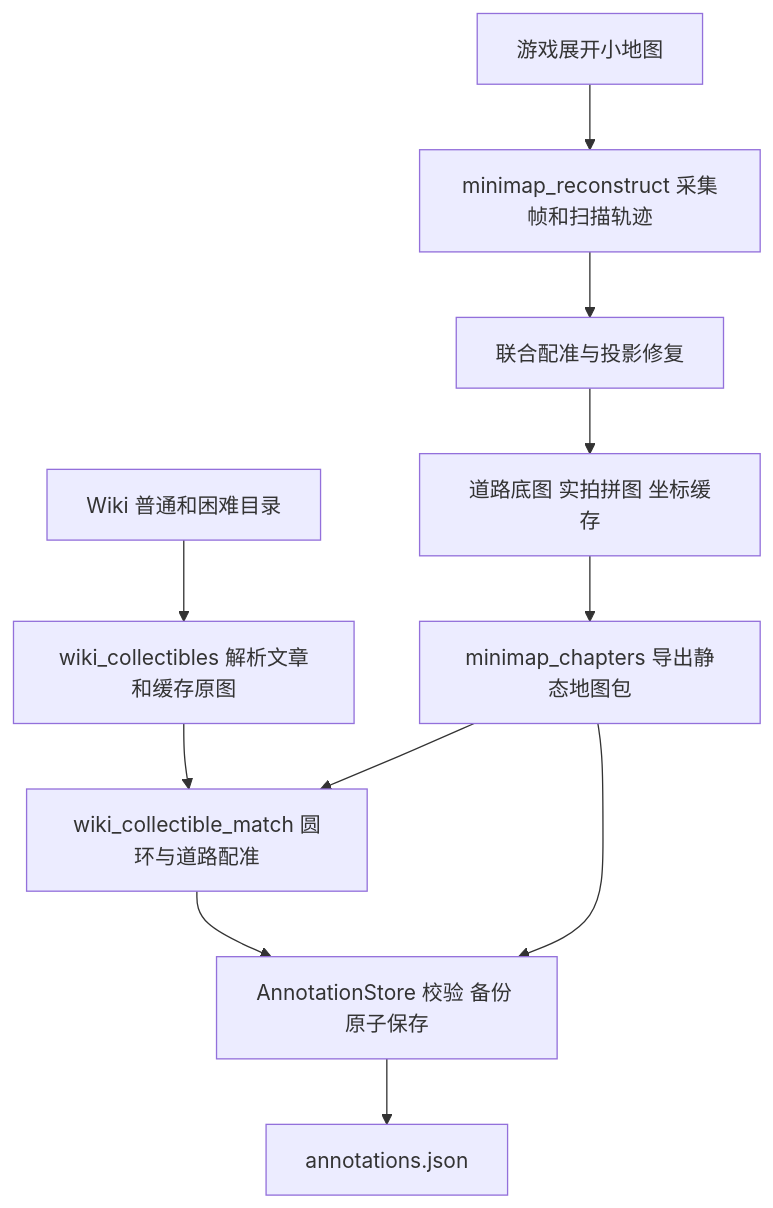
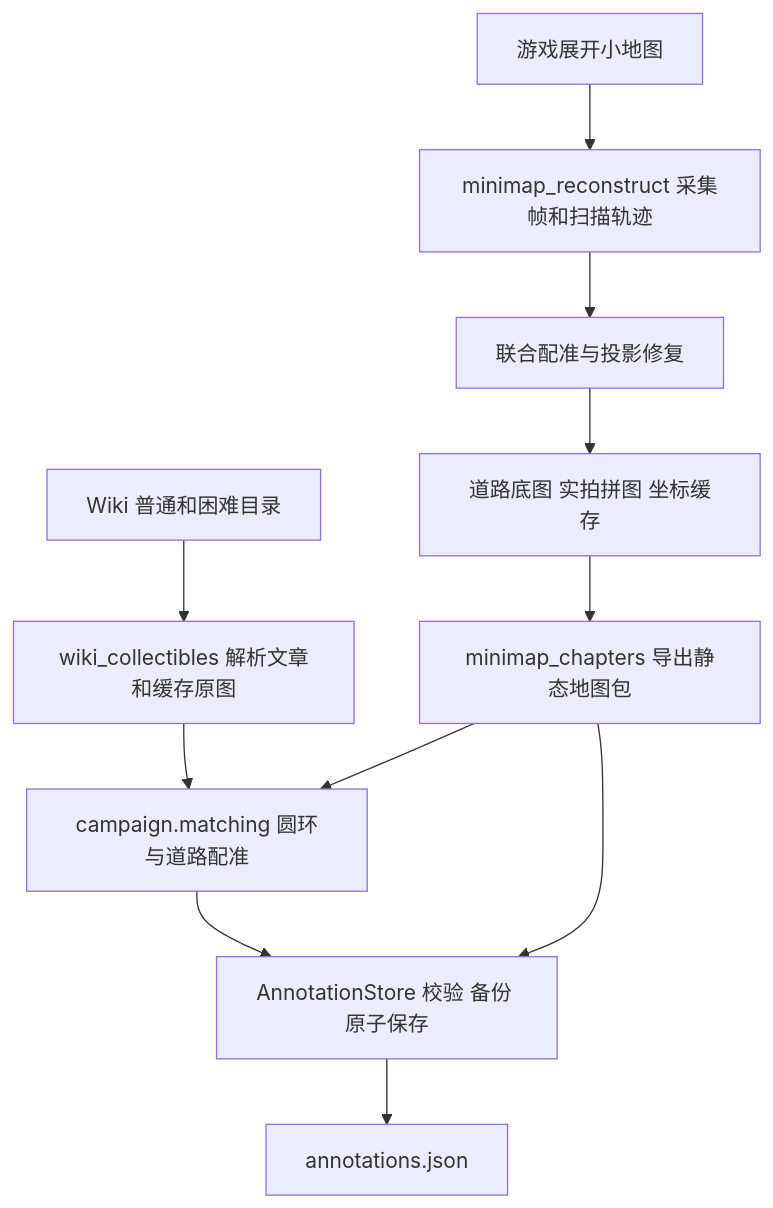
Before and after one commit to megumiss/NIKKEAutoScript: the diagram in doc/minimap-wiki-principles.md, drawn with Mermaid. The commit also changed other lines of this file and 5 other files, not shown here.

Commit message:
小地图配准搬进 module/campaign/matching.py

````diff
--- a/doc/minimap-wiki-principles.md
+++ b/doc/minimap-wiki-principles.md
@@ -7,13 +7,13 @@
 ```mermaid
 flowchart TD
     A[游戏展开小地图] --> B[minimap_reconstruct 采集帧和扫描轨迹]
     B --> C[联合配准与投影修复]
     C --> D[道路底图 实拍拼图 坐标缓存]
     D --> E[minimap_chapters 导出静态地图包]
     W[Wiki 普通和困难目录] --> X[wiki_collectibles 解析文章和缓存原图]
-    X --> Y[wiki_collectible_match 圆环与道路配准]
+    X --> Y[campaign.matching 圆环与道路配准]
     E --> Y
     Y --> Z[AnnotationStore 校验 备份 原子保存]
     E --> Z
     Z --> N[annotations.json]
 ```
````
